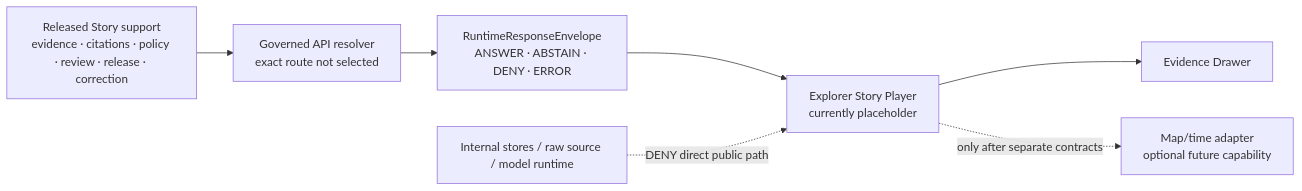
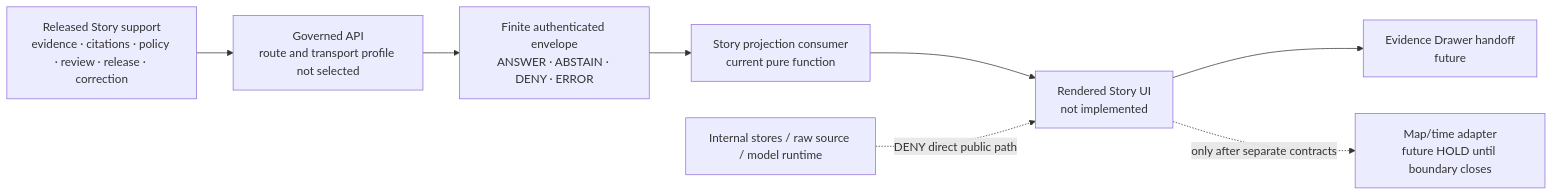
One commit to bartytime4life/Kansas-Frontier-Matrix changed the second of 2 diagrams in docs/architecture/story/README.md. Above: the diagram before and after it, drawn with Mermaid. The commit also changed other lines of this file, not shown here.

Commit message:
docs(architecture): reconcile Story subsystem runtime state

````diff
--- a/docs/architecture/story/README.md
+++ b/docs/architecture/story/README.md
@@ -350,16 +433,17 @@
 ```mermaid
 flowchart LR
     R["Released Story support<br/>evidence · citations · policy · review · release · correction"]
-    API["Governed API resolver<br/>exact route not selected"]
-    E["RuntimeResponseEnvelope<br/>ANSWER · ABSTAIN · DENY · ERROR"]
-    P["Explorer Story Player<br/>currently placeholder"]
-    D["Evidence Drawer"]
-    M["Map/time adapter<br/>optional future capability"]
+    API["Governed API<br/>route and transport profile not selected"]
+    E["Finite authenticated envelope<br/>ANSWER · ABSTAIN · DENY · ERROR"]
+    P["Story projection consumer<br/>current pure function"]
+    U["Rendered Story UI<br/>not implemented"]
+    D["Evidence Drawer handoff<br/>future"]
+    M["Map/time adapter<br/>future HOLD until boundary closes"]
 
-    R --> API --> E --> P
-    P --> D
-    P -. only after separate contracts .-> M
+    R --> API --> E --> P --> U
+    U --> D
+    U -. only after separate contracts .-> M
 
     I["Internal stores / raw source / model runtime"]
-    I -. DENY direct public path .-> P
+    I -. DENY direct public path .-> U
 ```
````
